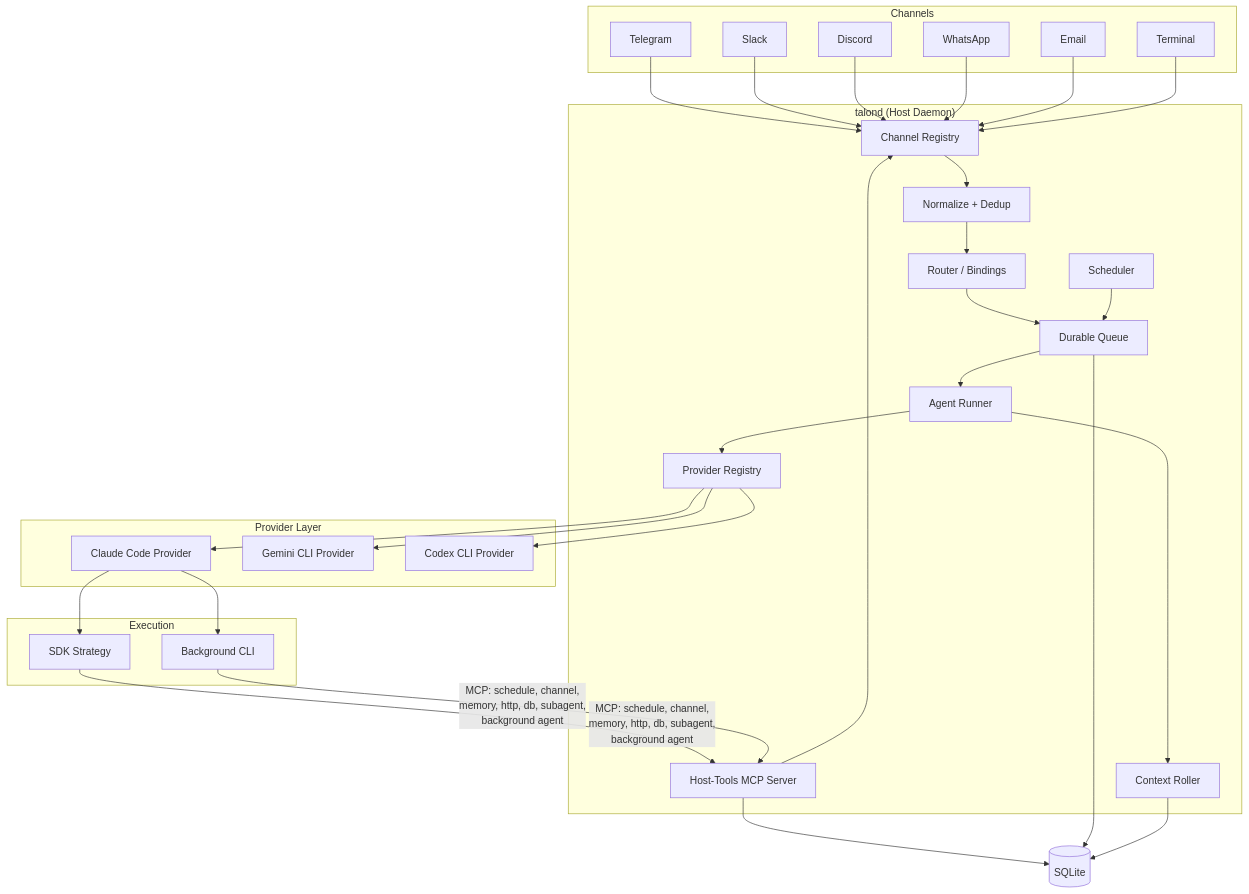
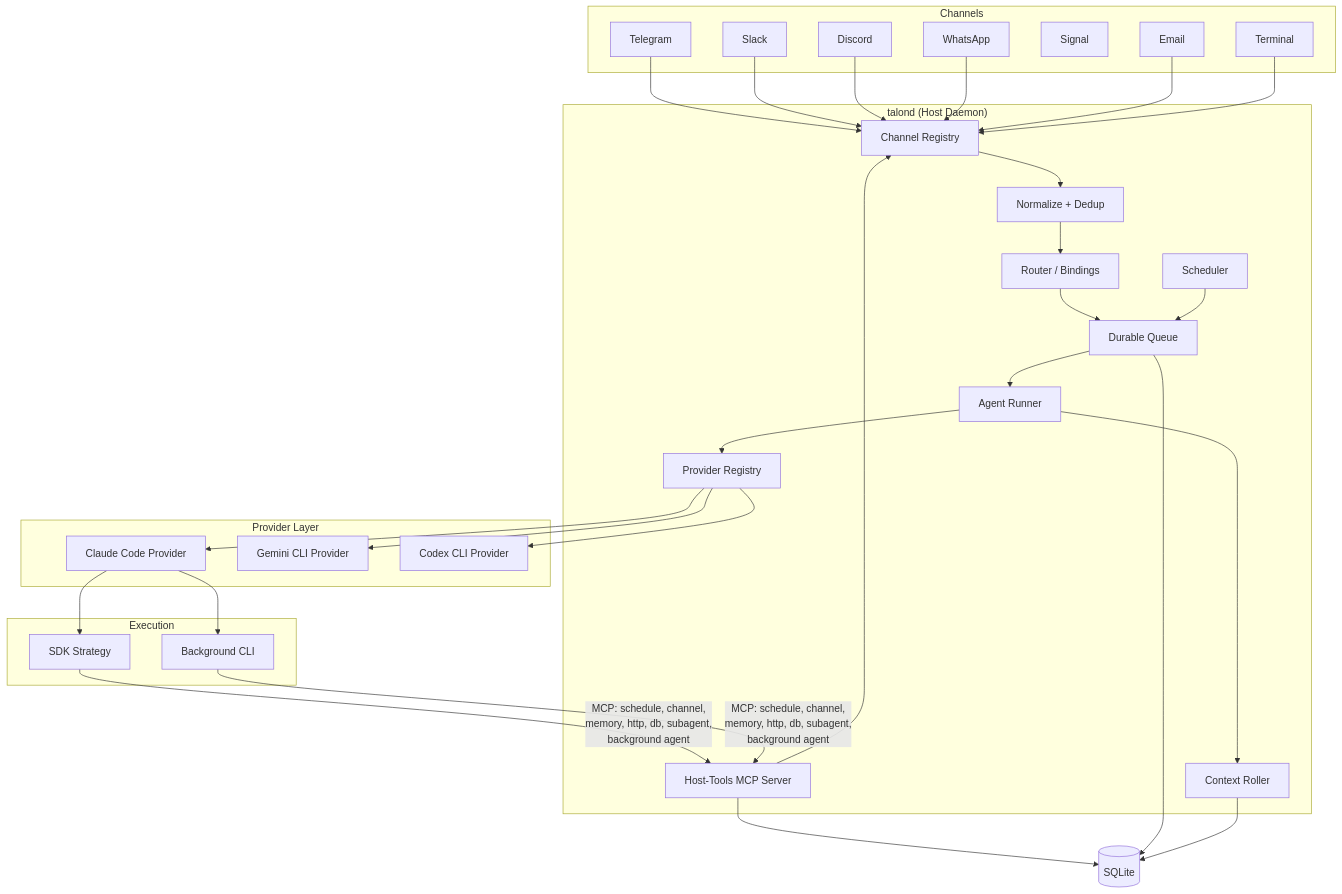
Before and after one commit to ivo-toby/talon: the first of 5 diagrams in README.md, drawn with Mermaid. The commit also changed other lines of this file and 5 other files, not shown here.

````diff
--- a/README.md
+++ b/README.md
@@ -239,51 +240,52 @@
 ```mermaid
 graph TB
     subgraph Channels
         TG[Telegram]
         SL[Slack]
         DC[Discord]
         WA[WhatsApp]
+        SG[Signal]
         EM[Email]
         TM[Terminal]
     end
 
     subgraph "talond (Host Daemon)"
         CR[Channel Registry]
         NP[Normalize + Dedup]
         RT[Router / Bindings]
         Q[Durable Queue]
         SCH[Scheduler]
         HT[Host-Tools MCP Server]
         AR[Agent Runner]
         PR[Provider Registry]
         CXR[Context Roller]
     end
 
     subgraph "Provider Layer"
         P1[Claude Code Provider]
         P2[Gemini CLI Provider]
         P3[Codex CLI Provider]
     end
 
     subgraph "Execution"
         SDK[SDK Strategy]
         BG[Background CLI]
     end
 
     DB[(SQLite)]
 
     TG & SL & DC & WA & EM & TM --> CR
     CR --> NP --> RT --> Q
     Q --> AR
     AR --> PR
     PR --> P1 & P2 & P3
     P1 --> SDK
     P1 --> BG
     SDK & BG -->|"MCP: schedule, channel,<br/>memory, http, db, subagent,<br/>background agent"| HT
     HT --> CR
     HT --> DB
     SCH --> Q
     Q --> DB
     AR --> CXR
     CXR --> DB
 ```
````
